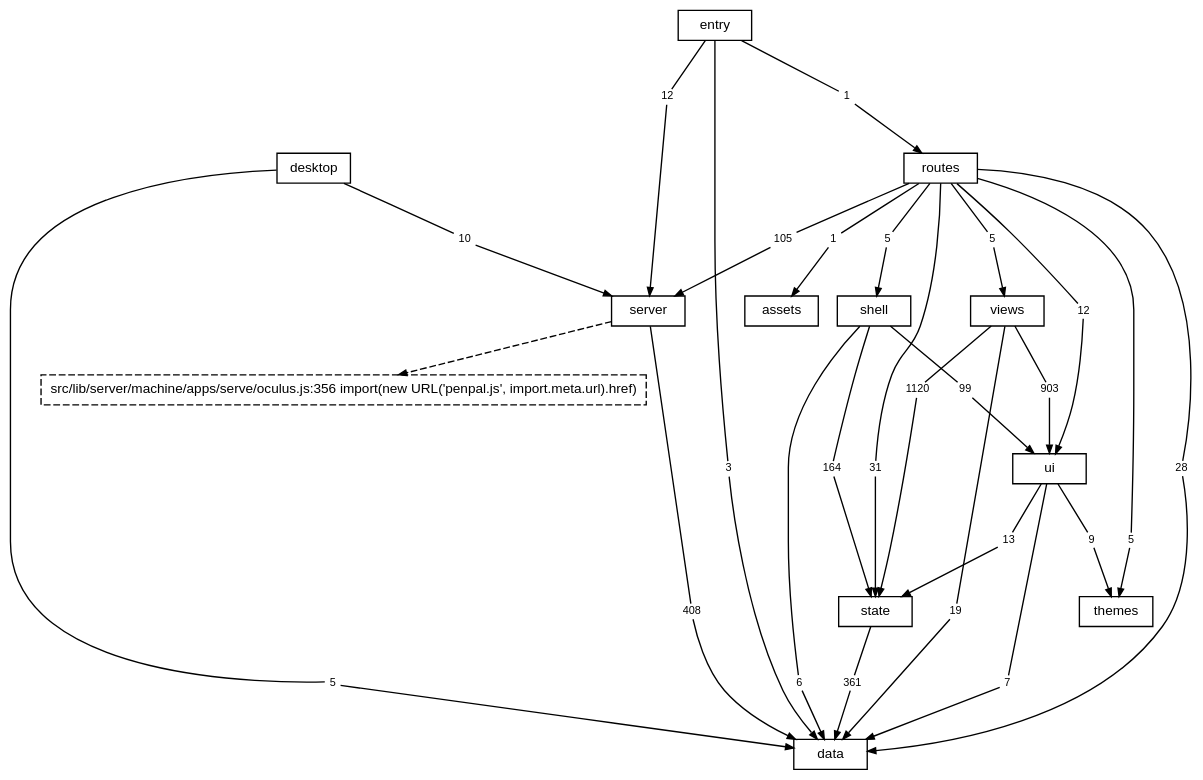
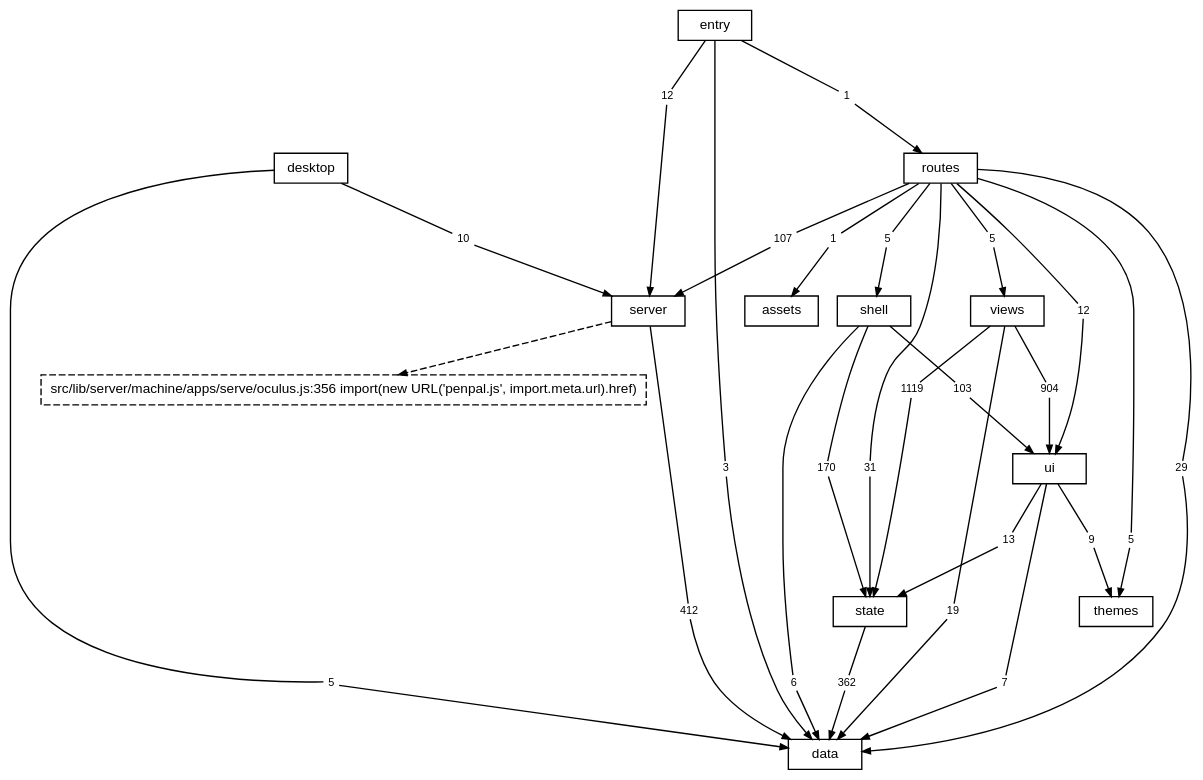
One commit to TheAxeC/oculus changed the diagram in docs/diagrams/layers.dot. Above: the diagram before and after it, drawn with Graphviz. The commit also changed 260 other files, not shown here.

```diff
--- a/docs/diagrams/layers.dot
+++ b/docs/diagrams/layers.dot
@@ -1,90 +1,90 @@
 digraph layers {
     graph [bgcolor="transparent", rankdir=TB, newrank=true, fontname="Helvetica,Arial,sans-serif", fontsize=12, nodesep=0.2, ranksep=0.5];
     node [shape=box, color="black", fontcolor="black", fontname="Helvetica,Arial,sans-serif", fontsize=10, height=0.3, margin="0.12,0.04"];
     edge [color="black", fontcolor="black", fontname="Helvetica,Arial,sans-serif", fontsize=8, arrowsize=0.6];
     "data";
     "server";
     "state";
     "ui";
     "shell";
     "views";
     "themes";
     "routes";
     "desktop";
     "src" [label="entry"];
     "files: assets" [label="assets"];
     "? src/lib/server/machine/apps/serve/oculus.js:356" [label="src/lib/server/machine/apps/serve/oculus.js:356 import(new URL('penpal.js', import.meta.url).href)", style=dashed];
     "desktop to data" [label="5", shape=box, color="transparent", fontsize=8, width=0, height=0, margin="0.04,0.02"];
     "desktop" -> "desktop to data" [arrowhead=none];
     "desktop to data" -> "data" [];
     "desktop to server" [label="10", shape=box, color="transparent", fontsize=8, width=0, height=0, margin="0.04,0.02"];
     "desktop" -> "desktop to server" [arrowhead=none];
     "desktop to server" -> "server" [];
-    "routes to data" [label="28", shape=box, color="transparent", fontsize=8, width=0, height=0, margin="0.04,0.02"];
+    "routes to data" [label="29", shape=box, color="transparent", fontsize=8, width=0, height=0, margin="0.04,0.02"];
     "routes" -> "routes to data" [arrowhead=none];
     "routes to data" -> "data" [];
     "routes to files: assets" [label="1", shape=box, color="transparent", fontsize=8, width=0, height=0, margin="0.04,0.02"];
     "routes" -> "routes to files: assets" [arrowhead=none];
     "routes to files: assets" -> "files: assets" [];
-    "routes to server" [label="105", shape=box, color="transparent", fontsize=8, width=0, height=0, margin="0.04,0.02"];
+    "routes to server" [label="107", shape=box, color="transparent", fontsize=8, width=0, height=0, margin="0.04,0.02"];
     "routes" -> "routes to server" [arrowhead=none];
     "routes to server" -> "server" [];
     "routes to shell" [label="5", shape=box, color="transparent", fontsize=8, width=0, height=0, margin="0.04,0.02"];
     "routes" -> "routes to shell" [arrowhead=none];
     "routes to shell" -> "shell" [];
     "routes to state" [label="31", shape=box, color="transparent", fontsize=8, width=0, height=0, margin="0.04,0.02"];
     "routes" -> "routes to state" [arrowhead=none];
     "routes to state" -> "state" [];
     "routes to themes" [label="5", shape=box, color="transparent", fontsize=8, width=0, height=0, margin="0.04,0.02"];
     "routes" -> "routes to themes" [arrowhead=none];
     "routes to themes" -> "themes" [];
     "routes to ui" [label="12", shape=box, color="transparent", fontsize=8, width=0, height=0, margin="0.04,0.02"];
     "routes" -> "routes to ui" [arrowhead=none];
     "routes to ui" -> "ui" [];
     "routes to views" [label="5", shape=box, color="transparent", fontsize=8, width=0, height=0, margin="0.04,0.02"];
     "routes" -> "routes to views" [arrowhead=none];
     "routes to views" -> "views" [];
-    "server to data" [label="408", shape=box, color="transparent", fontsize=8, width=0, height=0, margin="0.04,0.02"];
+    "server to data" [label="412", shape=box, color="transparent", fontsize=8, width=0, height=0, margin="0.04,0.02"];
     "server" -> "server to data" [arrowhead=none];
     "server to data" -> "data" [];
     "shell to data" [label="6", shape=box, color="transparent", fontsize=8, width=0, height=0, margin="0.04,0.02"];
     "shell" -> "shell to data" [arrowhead=none];
     "shell to data" -> "data" [];
-    "shell to state" [label="164", shape=box, color="transparent", fontsize=8, width=0, height=0, margin="0.04,0.02"];
+    "shell to state" [label="170", shape=box, color="transparent", fontsize=8, width=0, height=0, margin="0.04,0.02"];
     "shell" -> "shell to state" [arrowhead=none];
     "shell to state" -> "state" [];
-    "shell to ui" [label="99", shape=box, color="transparent", fontsize=8, width=0, height=0, margin="0.04,0.02"];
+    "shell to ui" [label="103", shape=box, color="transparent", fontsize=8, width=0, height=0, margin="0.04,0.02"];
     "shell" -> "shell to ui" [arrowhead=none];
     "shell to ui" -> "ui" [];
     "src to data" [label="3", shape=box, color="transparent", fontsize=8, width=0, height=0, margin="0.04,0.02"];
     "src" -> "src to data" [arrowhead=none];
     "src to data" -> "data" [];
     "src to routes" [label="1", shape=box, color="transparent", fontsize=8, width=0, height=0, margin="0.04,0.02"];
     "src" -> "src to routes" [arrowhead=none];
     "src to routes" -> "routes" [];
     "src to server" [label="12", shape=box, color="transparent", fontsize=8, width=0, height=0, margin="0.04,0.02"];
     "src" -> "src to server" [arrowhead=none];
     "src to server" -> "server" [];
-    "state to data" [label="361", shape=box, color="transparent", fontsize=8, width=0, height=0, margin="0.04,0.02"];
+    "state to data" [label="362", shape=box, color="transparent", fontsize=8, width=0, height=0, margin="0.04,0.02"];
     "state" -> "state to data" [arrowhead=none];
     "state to data" -> "data" [];
     "ui to data" [label="7", shape=box, color="transparent", fontsize=8, width=0, height=0, margin="0.04,0.02"];
     "ui" -> "ui to data" [arrowhead=none];
     "ui to data" -> "data" [];
     "ui to state" [label="13", shape=box, color="transparent", fontsize=8, width=0, height=0, margin="0.04,0.02"];
     "ui" -> "ui to state" [arrowhead=none];
     "ui to state" -> "state" [];
     "ui to themes" [label="9", shape=box, color="transparent", fontsize=8, width=0, height=0, margin="0.04,0.02"];
     "ui" -> "ui to themes" [arrowhead=none];
     "ui to themes" -> "themes" [];
     "views to data" [label="19", shape=box, color="transparent", fontsize=8, width=0, height=0, margin="0.04,0.02"];
     "views" -> "views to data" [arrowhead=none];
     "views to data" -> "data" [];
-    "views to state" [label="1120", shape=box, color="transparent", fontsize=8, width=0, height=0, margin="0.04,0.02"];
+    "views to state" [label="1119", shape=box, color="transparent", fontsize=8, width=0, height=0, margin="0.04,0.02"];
     "views" -> "views to state" [arrowhead=none];
     "views to state" -> "state" [];
-    "views to ui" [label="903", shape=box, color="transparent", fontsize=8, width=0, height=0, margin="0.04,0.02"];
+    "views to ui" [label="904", shape=box, color="transparent", fontsize=8, width=0, height=0, margin="0.04,0.02"];
     "views" -> "views to ui" [arrowhead=none];
     "views to ui" -> "ui" [];
     "server" -> "? src/lib/server/machine/apps/serve/oculus.js:356" [style=dashed];
 }
```
